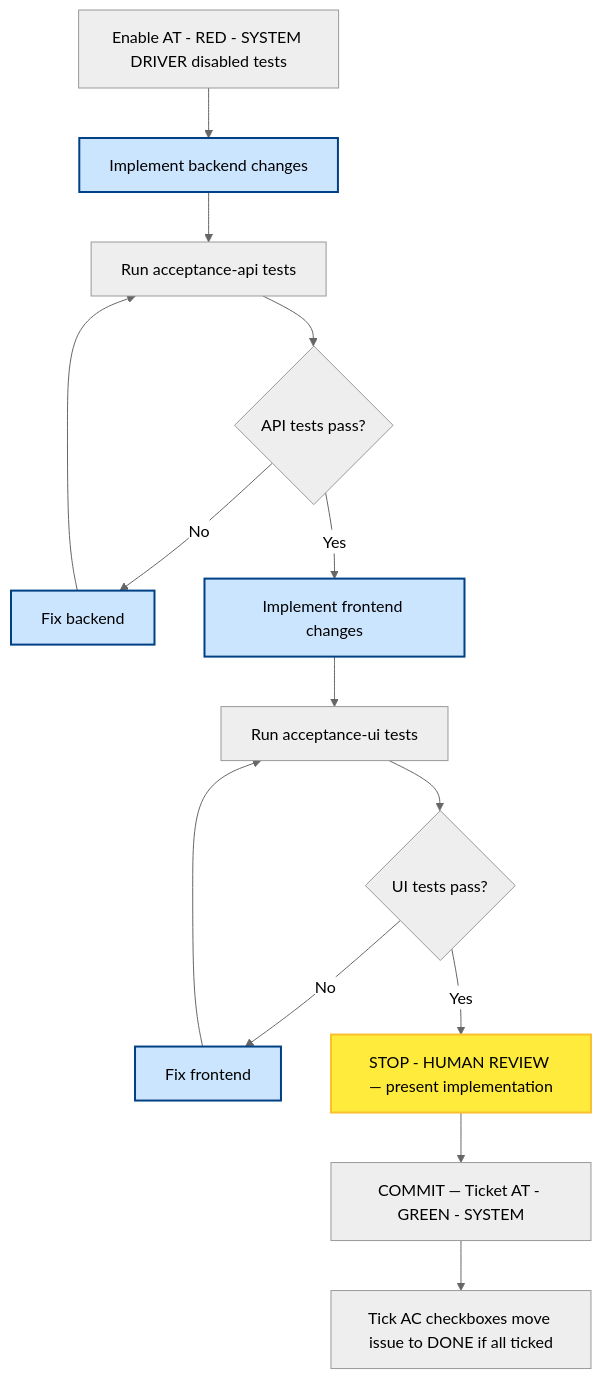
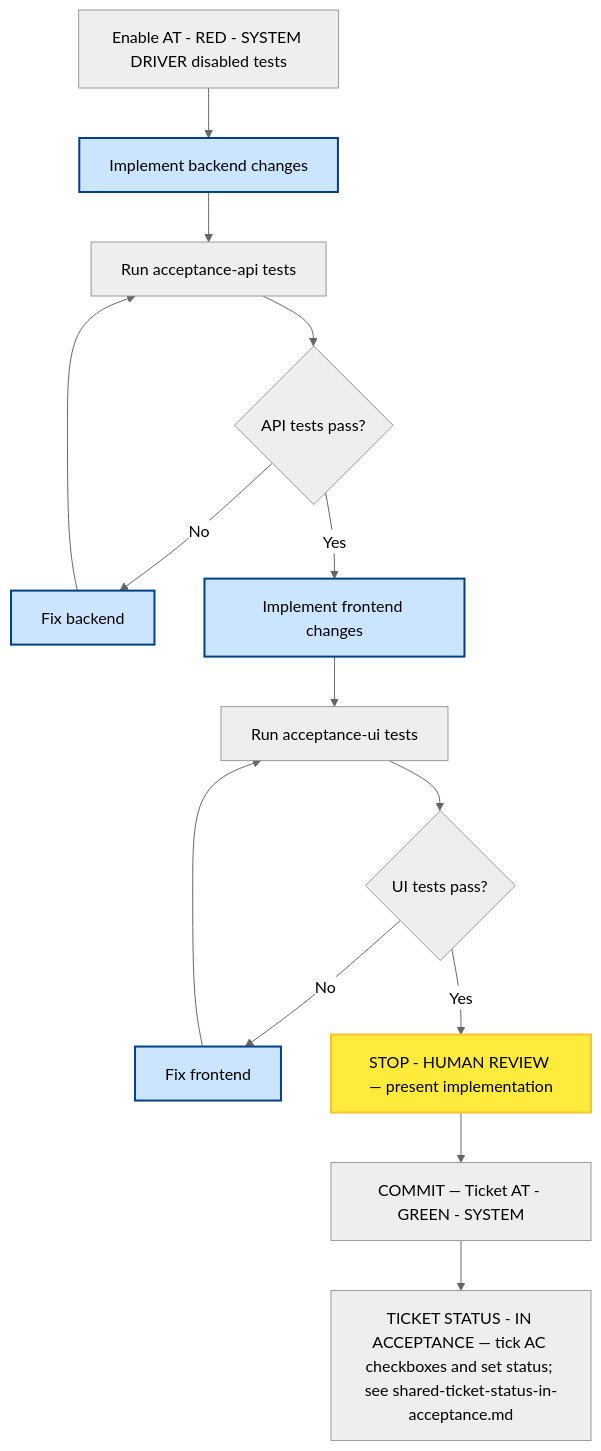
Before and after one commit to optivem/starter: the fourth of 8 diagrams in docs/atdd/process/diagram-phase-details.md, drawn with Mermaid (neutral theme). The commit also changed 8 other files, not shown here.

First line of the commit message:
Add TICKET STATUS - IN ACCEPTANCE as the agent's terminal ticket state

````diff
--- a/docs/atdd/process/diagram-phase-details.md
+++ b/docs/atdd/process/diagram-phase-details.md
@@ -115,34 +115,34 @@
 ```mermaid
 flowchart TD
     ENABLE[Enable AT - RED - SYSTEM DRIVER disabled tests]
     BACKEND[Implement backend changes]
     RUN_API[Run acceptance-api tests]
     GATE_API{API tests pass?}
     FIX_BACKEND[Fix backend]
     FRONTEND[Implement frontend changes]
     RUN_UI[Run acceptance-ui tests]
     GATE_UI{UI tests pass?}
     FIX_FRONTEND[Fix frontend]
     STOP_WRITE[STOP - HUMAN REVIEW — present implementation]
     COMMIT[COMMIT — Ticket AT - GREEN - SYSTEM]
-    TICK[Tick AC checkboxes move issue to DONE if all ticked]
+    IN_ACCEPTANCE[TICKET STATUS - IN ACCEPTANCE — tick AC checkboxes and set status; see shared-ticket-status-in-acceptance.md]
 
     ENABLE --> BACKEND
     BACKEND --> RUN_API
     RUN_API --> GATE_API
     GATE_API -->|No| FIX_BACKEND
     FIX_BACKEND --> RUN_API
     GATE_API -->|Yes| FRONTEND
     FRONTEND --> RUN_UI
     RUN_UI --> GATE_UI
     GATE_UI -->|No| FIX_FRONTEND
     FIX_FRONTEND --> RUN_UI
     GATE_UI -->|Yes| STOP_WRITE
     STOP_WRITE --> COMMIT
-    COMMIT --> TICK
+    COMMIT --> IN_ACCEPTANCE
 
     classDef effortNode fill:#cce5ff,stroke:#004085,stroke-width:2px
     class BACKEND,FRONTEND,FIX_BACKEND,FIX_FRONTEND effortNode
     classDef humanReviewNode fill:#ffeb3b,stroke:#fbc02d,stroke-width:2px,color:#000
     class STOP_WRITE humanReviewNode
 ```
````
